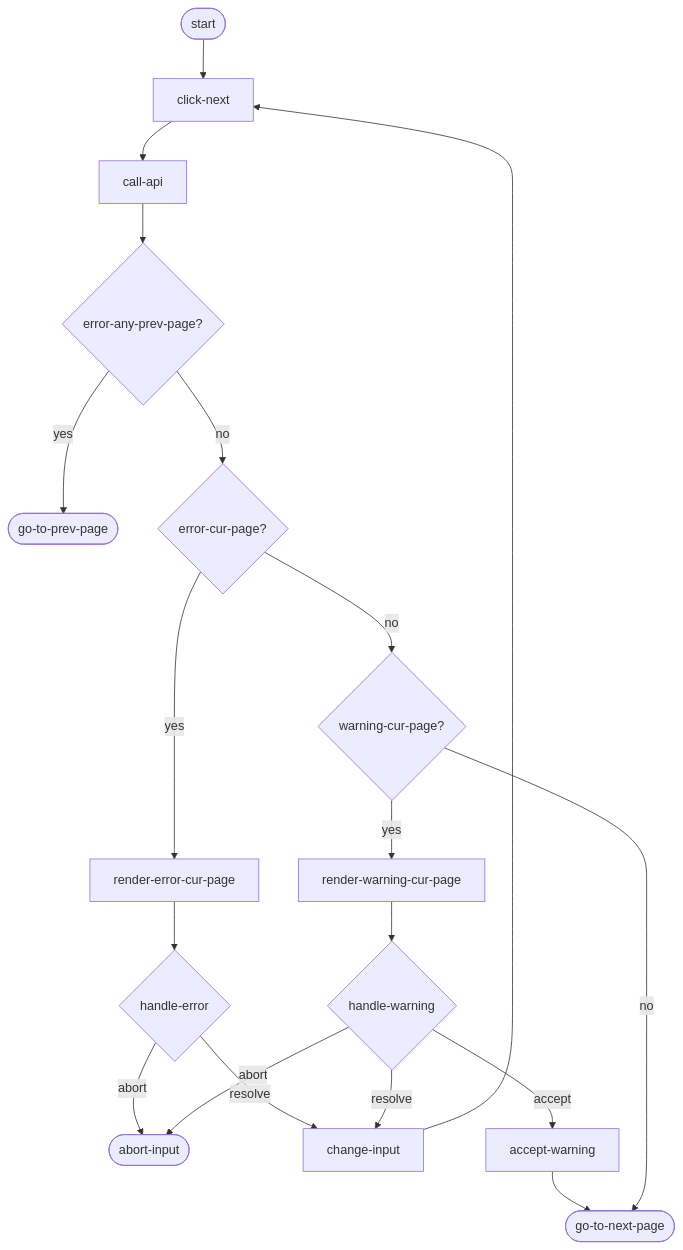
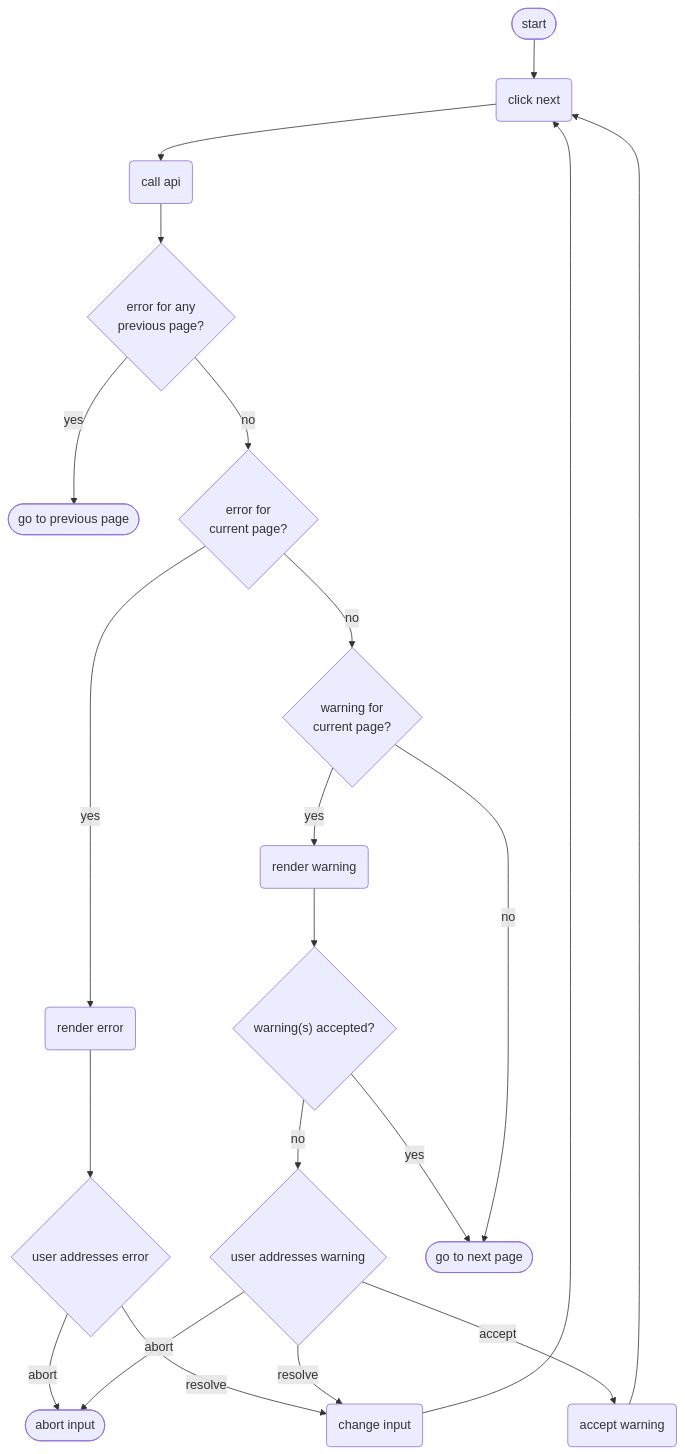
Before and after one commit to kiesraad/abacus: the third of 4 diagrams in documentatie/flowcharts/date-entry-page.md, drawn with Mermaid. The commit also changed other lines of this file, not shown here.

Commit message:
diagrams for everything; proper text in nodes

````diff
--- a/documentatie/flowcharts/date-entry-page.md
+++ b/documentatie/flowcharts/date-entry-page.md
@@ -112,51 +104,61 @@
 ```mermaid
 flowchart TD
 
     %% elements
     flow-start([start])
-    go-to-prev-page([go-to-prev-page])
-    go-to-next-page([go-to-next-page])
+    go-to-prev-page([go to previous page])
+    abort-input([abort input])
 
-    abort-input([abort-input])
+    error-any-prev-page{"error for any
+        previous page?"}
+    error-cur-page{"error for 
+        current page?"}
+    warning-cur-page{"warning for
+        current page?"}
+    warnings-accepted{"warning(s) accepted?"}
+    user-addresses-error{user addresses error}
+
+    user-addresses-warning{user addresses warning}
+
     
-    render-error-cur-page
-    render-warning-cur-page
+    render-error(render error)
+    render-warning(render warning)
 
-    click-next
-    call-api
+    click-next(click next)
+    call-api(call api)
+    change-input(change input)
+    accept-warning(accept warning)
 
-    error-any-prev-page{error-any-prev-page?}
-    error-cur-page{error-cur-page?}
-    warning-cur-page{warning-cur-page?}
+    go-to-next-page([go to next page])
 
-    address-error{handle-error}
 
-    address-warning{handle-warning}
 
     %% flow
     flow-start --> click-next
     click-next --> call-api
     call-api --> error-any-prev-page
 
     error-any-prev-page -- yes --> go-to-prev-page
 
     error-any-prev-page -- no --> error-cur-page
 
-    error-cur-page -- yes --> render-error-cur-page
-    render-error-cur-page --> address-error
+    error-cur-page -- yes --> render-error
+    render-error --> user-addresses-error
     
-    address-error -- abort --> abort-input
-    address-error -- resolve --> change-input
+    user-addresses-error -- abort --> abort-input
+    user-addresses-error -- resolve --> change-input
     change-input --> click-next
 
     error-cur-page -- no --> warning-cur-page
-    warning-cur-page -- yes --> render-warning-cur-page
-    render-warning-cur-page --> address-warning
-    address-warning -- resolve --> change-input
-    address-warning -- accept --> accept-warning
-    accept-warning --> go-to-next-page
-    address-warning -- abort --> abort-input
+    warning-cur-page -- yes --> render-warning
+    render-warning --> warnings-accepted
+    warnings-accepted -- no --> user-addresses-warning
+    warnings-accepted -- yes --> go-to-next-page
+    user-addresses-warning -- resolve --> change-input
+    user-addresses-warning -- accept --> accept-warning
+    accept-warning --> click-next
+    user-addresses-warning -- abort --> abort-input
 
     warning-cur-page -- no --> go-to-next-page
 
 ```
````
